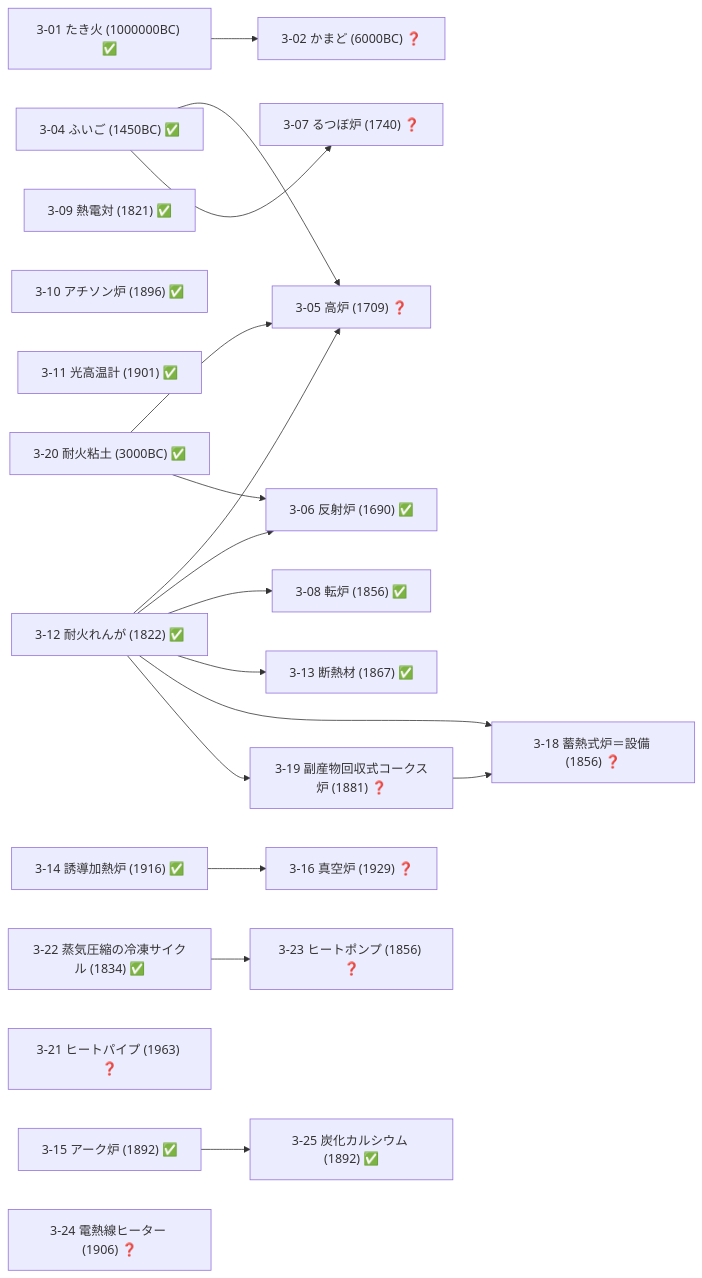
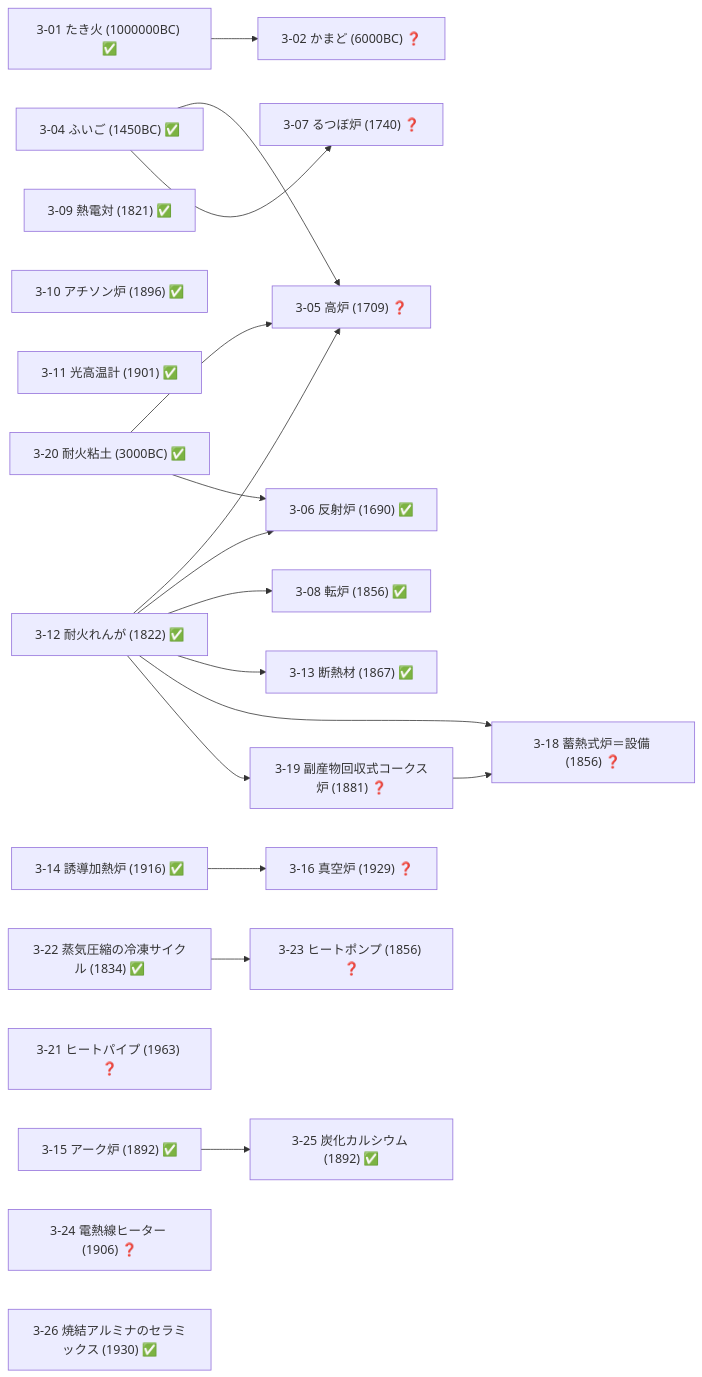
One commit to taku3i0317-collab/semiconductor-lab changed the sixth of 19 diagrams in docs/TECH_TREE_VIEW.md. Above: the diagram before and after it, drawn with Mermaid. The commit also changed other lines of this file and 3 other files, not shown here.

````diff
--- a/docs/TECH_TREE_VIEW.md
+++ b/docs/TECH_TREE_VIEW.md
@@ -331,41 +331,42 @@
 ```mermaid
 graph LR
   n3_01["3-01 たき火 (1000000BC) ✅"]
   n3_02["3-02 かまど (6000BC) ❓"]
   n3_04["3-04 ふいご (1450BC) ✅"]
   n3_05["3-05 高炉 (1709) ❓"]
   n3_06["3-06 反射炉 (1690) ✅"]
   n3_07["3-07 るつぼ炉 (1740) ❓"]
   n3_08["3-08 転炉 (1856) ✅"]
   n3_09["3-09 熱電対 (1821) ✅"]
   n3_10["3-10 アチソン炉 (1896) ✅"]
   n3_11["3-11 光高温計 (1901) ✅"]
   n3_12["3-12 耐火れんが (1822) ✅"]
   n3_13["3-13 断熱材 (1867) ✅"]
   n3_14["3-14 誘導加熱炉 (1916) ✅"]
   n3_15["3-15 アーク炉 (1892) ✅"]
   n3_16["3-16 真空炉 (1929) ❓"]
   n3_18["3-18 蓄熱式炉＝設備 (1856) ❓"]
   n3_19["3-19 副産物回収式コークス炉 (1881) ❓"]
   n3_20["3-20 耐火粘土 (3000BC) ✅"]
   n3_21["3-21 ヒートパイプ (1963) ❓"]
   n3_22["3-22 蒸気圧縮の冷凍サイクル (1834) ✅"]
   n3_23["3-23 ヒートポンプ (1856) ❓"]
   n3_24["3-24 電熱線ヒーター (1906) ❓"]
   n3_25["3-25 炭化カルシウム (1892) ✅"]
+  n3_26["3-26 焼結アルミナのセラミックス (1930) ✅"]
   n3_01-->n3_02
   n3_04-->n3_05
   n3_12-->n3_05
   n3_20-->n3_05
   n3_12-->n3_06
   n3_20-->n3_06
   n3_04-->n3_07
   n3_12-->n3_08
   n3_12-->n3_13
   n3_14-->n3_16
   n3_12-->n3_18
   n3_19-->n3_18
   n3_12-->n3_19
   n3_22-->n3_23
   n3_15-->n3_25
 ```
````
